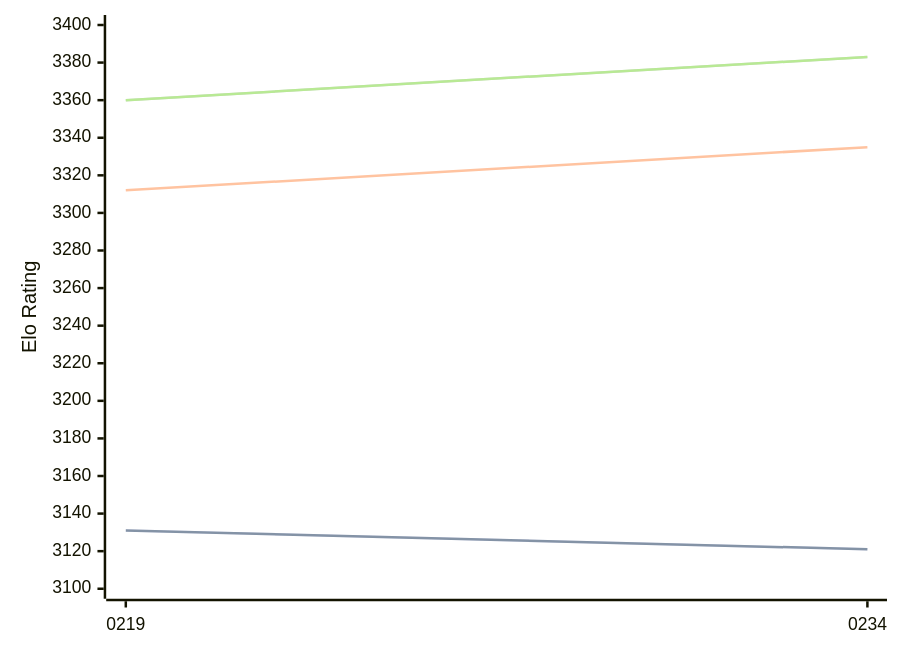
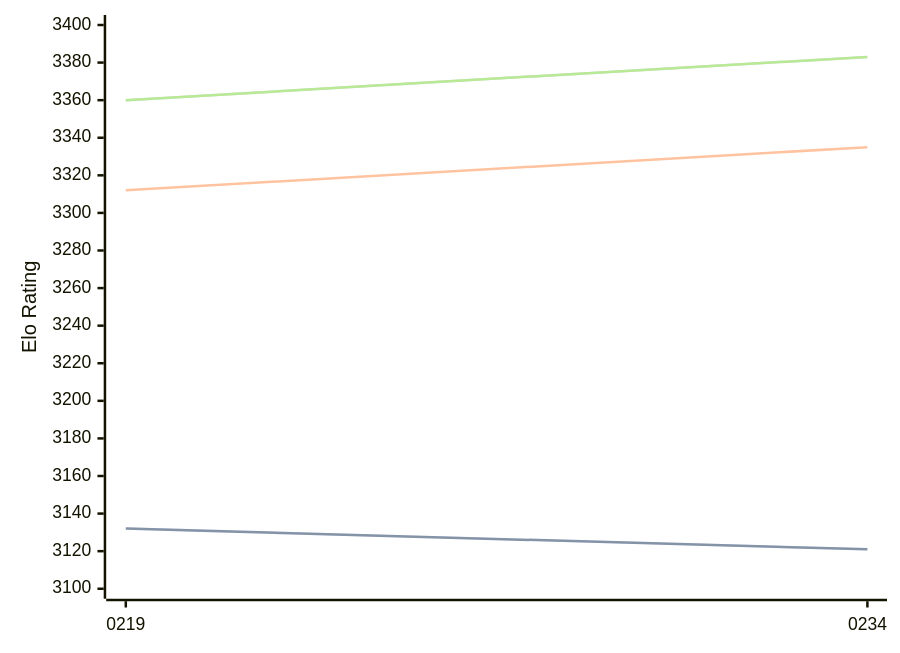
Before and after one commit to computer-chess-index/cci: the diagram in engines/Ynode.md, drawn with Mermaid. The commit also changed other lines of this file, not shown here.

````diff
--- a/engines/Ynode.md
+++ b/engines/Ynode.md
@@ -39,11 +39,11 @@
 ```mermaid
 %%{init: {"theme":"base","themeVariables":{"seriesColors:['#a3a3a3','#222221','#faa371']}}}%%
 xychart-beta
   x-axis ["0219", "0234"]
   y-axis "Elo Rating" 3100 --> 3400
-  line "STC (8.0+0.08s)" [3131, 3121]
-  line "STC (8.0+0.08s)" [3131, 3121]
+  line "STC (8.0+0.08s)" [3132, 3121]
+  line "STC (8.0+0.08s)" [3132, 3121]
   line "LTC (60.0+0.60s)" [3312, 3335]
   line "VLTC (2m24s+1.12s)" [3360, 3383]
   line "VLTC (2m24s+1.12s)" [3360, 3383]
 ```
````
